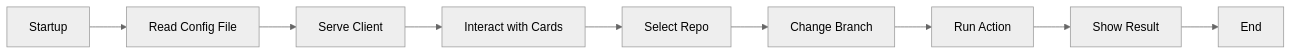
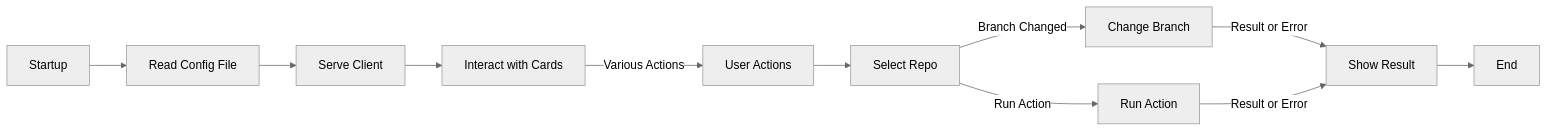
Before and after one commit to TeamNovaSoft/qa-exposed-server: the second of 3 diagrams in docs/ARCHITECTURE.md, drawn with Mermaid (neutral theme). The commit also changed other lines of this file, not shown here.

Commit message:
docs: improves architecture description

````diff
--- a/docs/ARCHITECTURE.md
+++ b/docs/ARCHITECTURE.md
@@ -158,21 +128,24 @@
 ```mermaid
 graph LR
     Start --> ReadConfig
     ReadConfig --> ServeClient
     ServeClient --> InteractWithCards
-    InteractWithCards --> SelectRepo
-    SelectRepo --> ChangeBranch
-    ChangeBranch --> RunAction
-    RunAction --> ShowResult
+    InteractWithCards -->|Various Actions| UserActions
+    UserActions --> SelectRepo
+    SelectRepo -->|Branch Changed| ChangeBranch
+    SelectRepo -->|Run Action| RunAction
+    ChangeBranch -->|Result or Error| ShowResult
+    RunAction -->|Result or Error| ShowResult
     ShowResult --> End
 
     Start[Startup]
     ReadConfig[Read Config File]
     ServeClient[Serve Client]
     InteractWithCards[Interact with Cards]
+    UserActions[User Actions]
     SelectRepo[Select Repo]
     ChangeBranch[Change Branch]
     RunAction[Run Action]
     ShowResult[Show Result]
     End[End]
 ```
````
